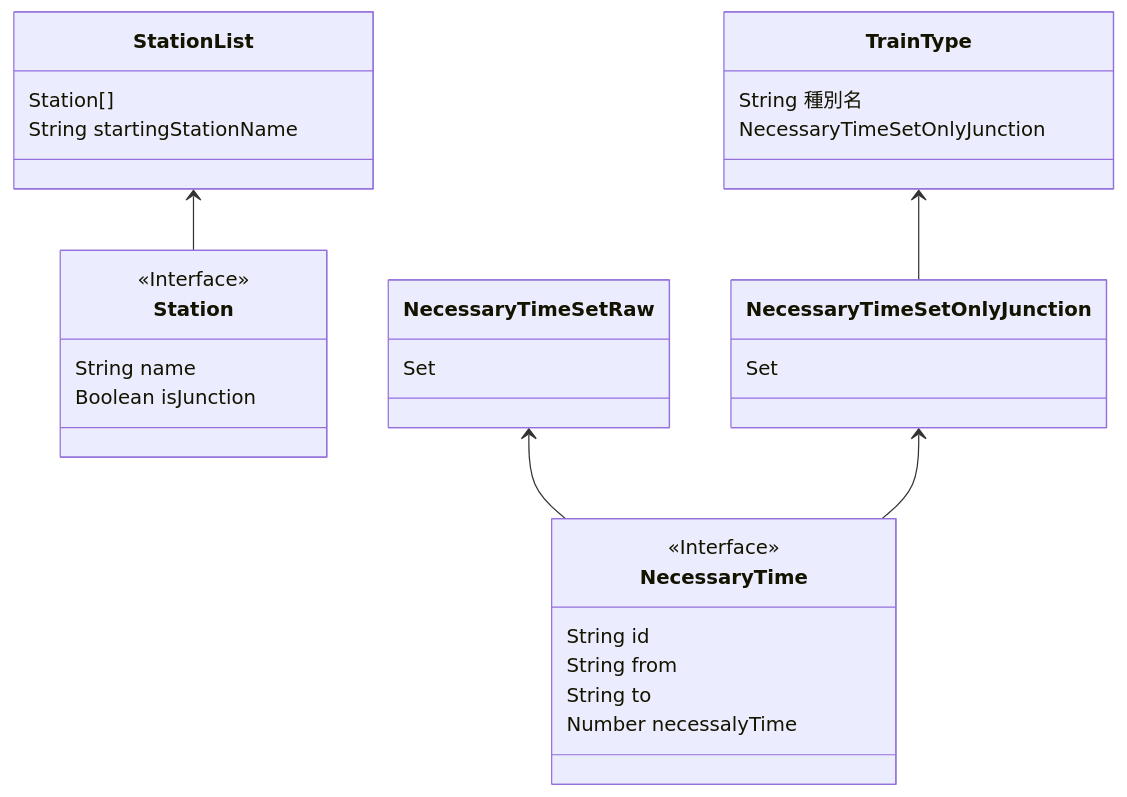
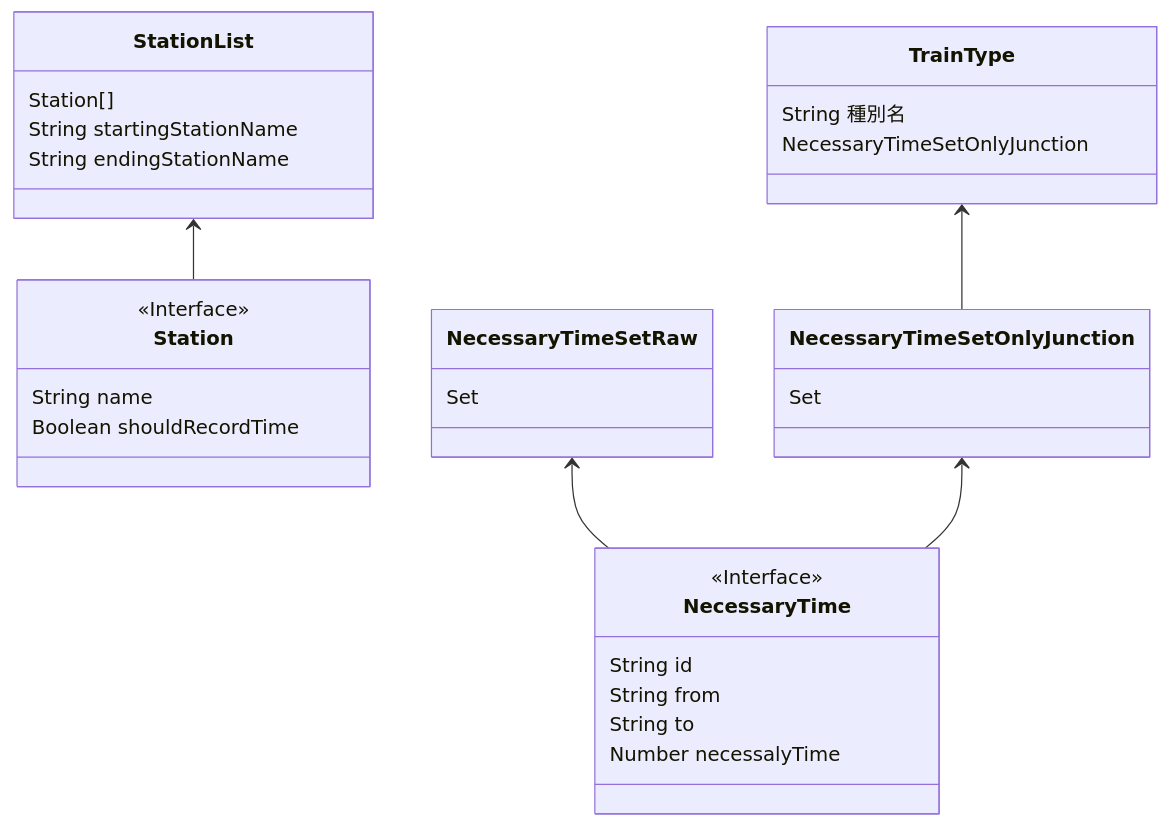
The diagram in docs/概要図.md (ef81sp/a-train-supporter), drawn with Mermaid before and after one commit. The commit also changed 2 other files, not shown here.

````diff
--- a/docs/概要図.md
+++ b/docs/概要図.md
@@ -1,39 +1,40 @@
 ```mermaid
 classDiagram
   class Station {
     <<Interface>>
     String name
-    Boolean isJunction
+    Boolean shouldRecordTime
   }
 
   class StationList {
     Station[]
     String startingStationName
+    String endingStationName
   }
 
   class NecessaryTime {
     <<Interface>>
     String id
     String from
     String to
     Number necessalyTime
   }
 
   class NecessaryTimeSetRaw {
     Set<NecessaryTime>
   }
 
   class NecessaryTimeSetOnlyJunction {
     Set<NecessaryTime>
   }
 
   class TrainType {
     String 種別名
     NecessaryTimeSetOnlyJunction
   }
 
   StationList <-- Station
   NecessaryTimeSetRaw <-- NecessaryTime
   NecessaryTimeSetOnlyJunction <-- NecessaryTime
   TrainType <-- NecessaryTimeSetOnlyJunction
 ```
````
